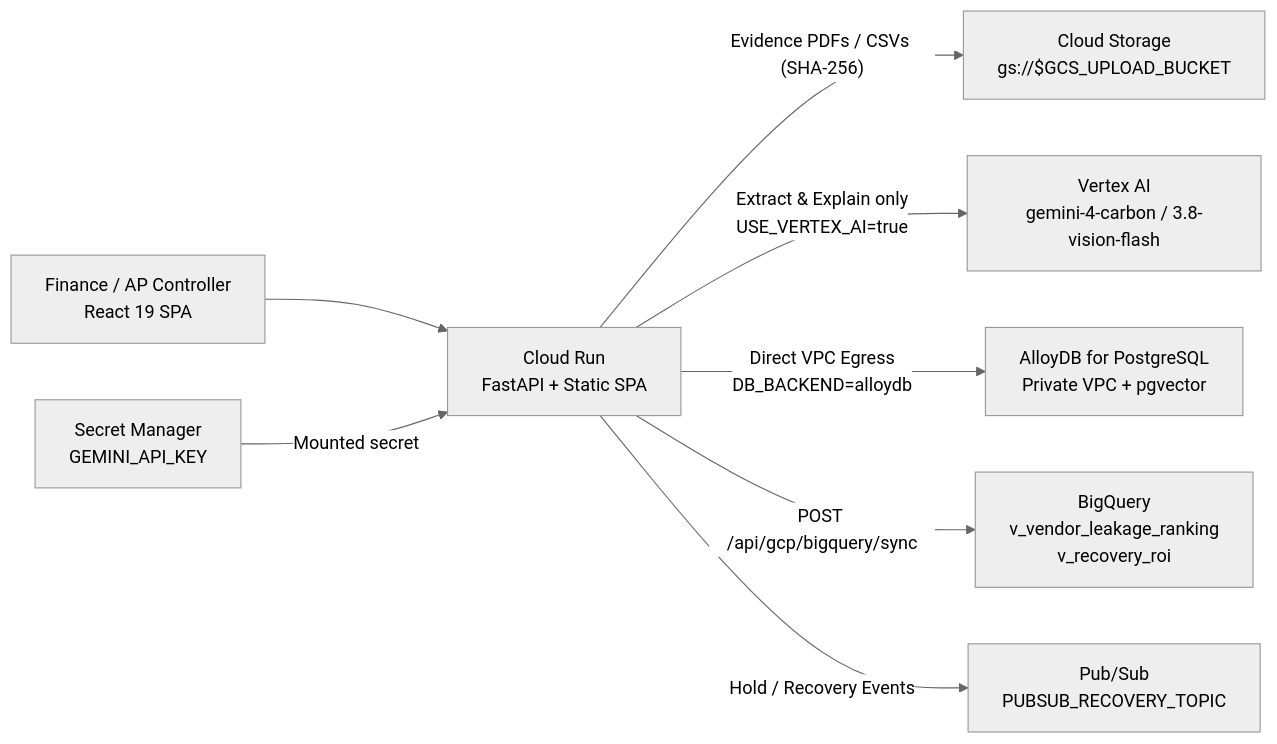
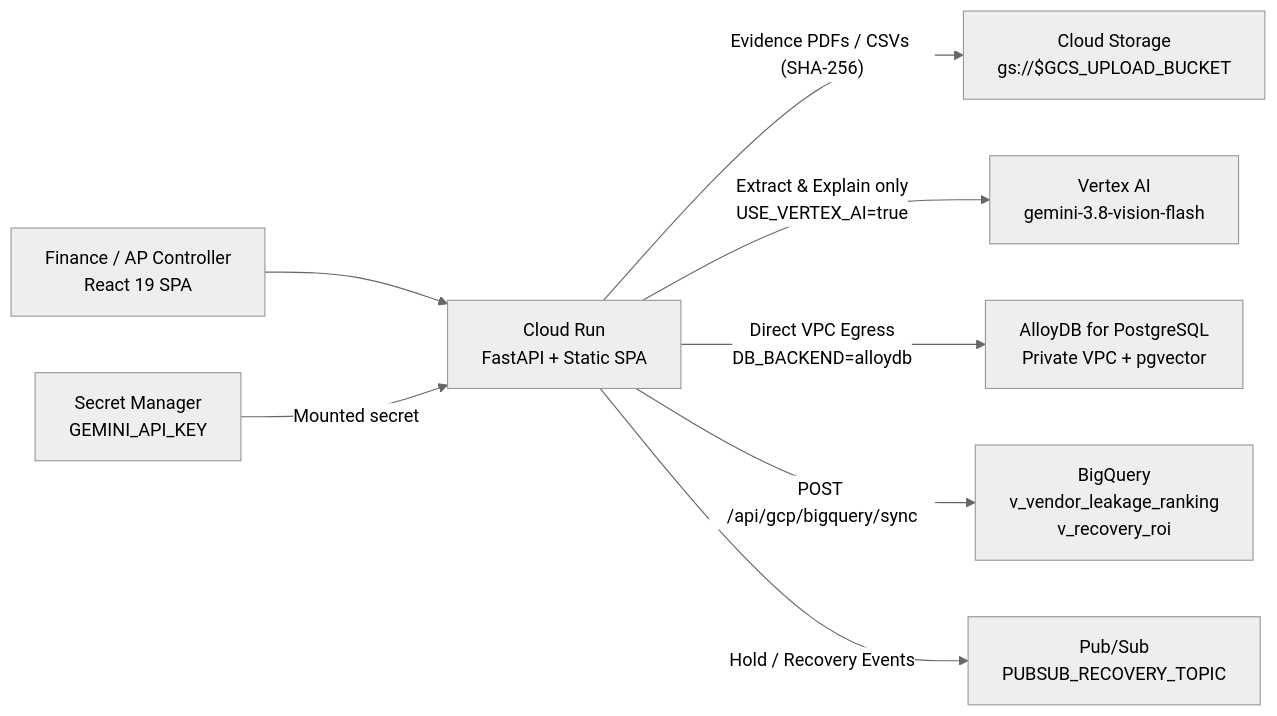
One commit to naughtynova69/LedgerLens-project changed the diagram in docs/GCP_INTEGRATION_GUIDE.md. Above: the diagram before and after it, drawn with Mermaid (neutral theme). The commit also changed other lines of this file and 18 other files, not shown here.

Commit message:
chore,docs: replace gemini-4-carbon with gemini-3.8-vision-flash and add project mind map

````diff
--- a/docs/GCP_INTEGRATION_GUIDE.md
+++ b/docs/GCP_INTEGRATION_GUIDE.md
@@ -15,10 +15,10 @@
 ```mermaid
 flowchart LR
     U["Finance / AP Controller<br/>React 19 SPA"] --> CR["Cloud Run<br/>FastAPI + Static SPA"]
     CR -->|"Evidence PDFs / CSVs (SHA-256)"| GCS["Cloud Storage<br/>gs://$GCS_UPLOAD_BUCKET"]
-    CR -->|"Extract & Explain only<br/>USE_VERTEX_AI=true"| VAI["Vertex AI<br/>gemini-4-carbon / 3.8-vision-flash"]
+    CR -->|"Extract & Explain only<br/>USE_VERTEX_AI=true"| VAI["Vertex AI<br/>gemini-3.8-vision-flash"]
     SM["Secret Manager<br/>GEMINI_API_KEY"] -->|"Mounted secret"| CR
     CR -->|"Direct VPC Egress<br/>DB_BACKEND=alloydb"| ADB["AlloyDB for PostgreSQL<br/>Private VPC + pgvector"]
     CR -->|"POST /api/gcp/bigquery/sync"| BQ["BigQuery<br/>v_vendor_leakage_ranking<br/>v_recovery_roi"]
     CR -->|"Hold / Recovery Events"| PS["Pub/Sub<br/>PUBSUB_RECOVERY_TOPIC"]
 ```
````
